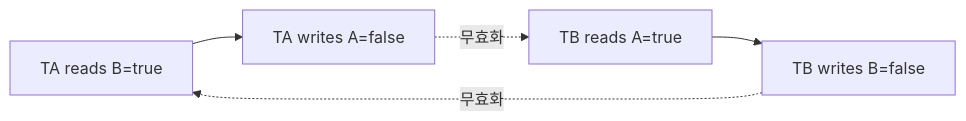
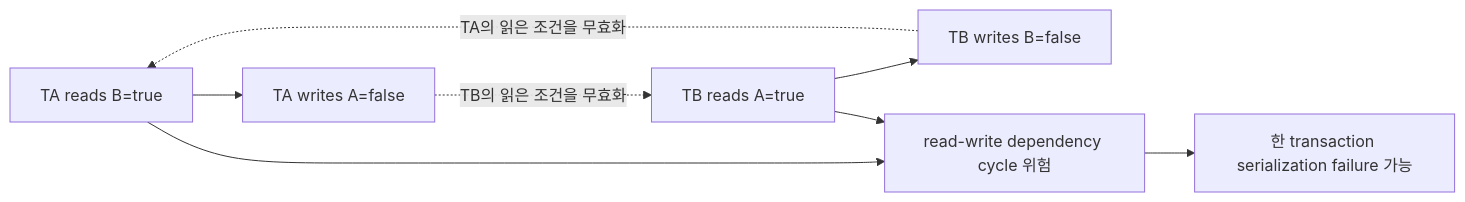
Before and after one commit to mj006648/netai-devsecops-runbook: the diagram in learning/databases-query-engines/08-isolation-and-concurrency.md, drawn with Mermaid. The commit also changed other lines of this file and 62 other files, not shown here.

````diff
--- a/learning/databases-query-engines/08-isolation-and-concurrency.md
+++ b/learning/databases-query-engines/08-isolation-and-concurrency.md
@@ -17,7 +150,10 @@
-```mermaid
+~~~mermaid
 flowchart LR
  RA[TA reads B=true] --> WA[TA writes A=false]
  RB[TB reads A=true] --> WB[TB writes B=false]
- WA -. 무효화 .-> RB
- WB -. 무효화 .-> RA
-```
+ WA -. TB의 읽은 조건을 무효화 .-> RB
+ WB -. TA의 읽은 조건을 무효화 .-> RA
+ C[read-write dependency cycle 위험] --> F[한 transaction serialization failure 가능]
+ RA --> C
+ RB --> C
+~~~
````
